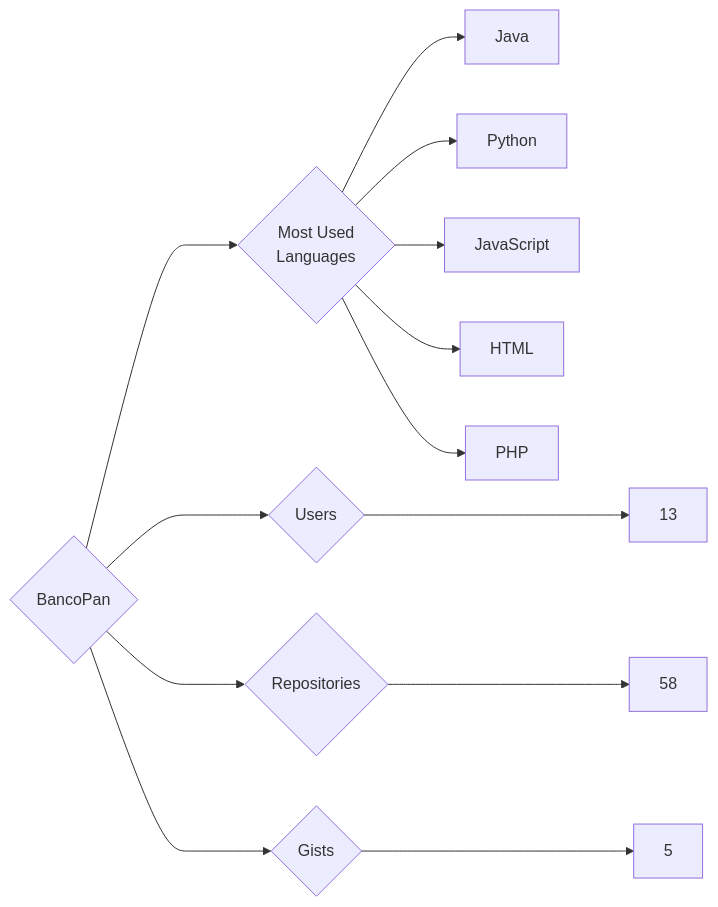
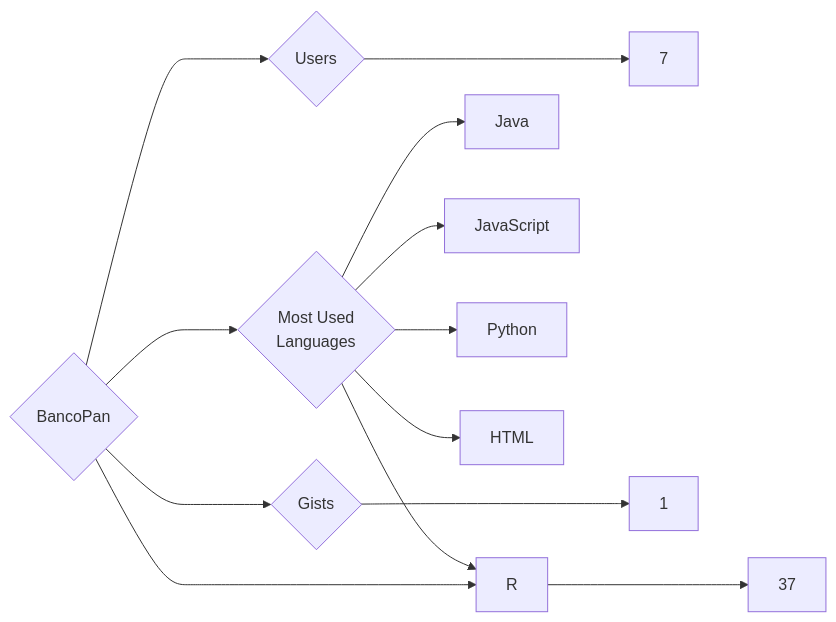
Before and after one commit to trickest/insiders: the diagram in targets/BancoPan/README.md, drawn with Mermaid. The commit also changed 1195 other files, not shown here.

````diff
--- a/targets/BancoPan/README.md
+++ b/targets/BancoPan/README.md
@@ -3,13 +3,13 @@
 ```mermaid
 graph LR
 COMPANY_NAME{BancoPan}
-COMPANY_NAME ---> U{Users} ---> UN[13]
-COMPANY_NAME ---> R{Repositories} ---> RN[58]
-COMPANY_NAME ---> G{Gists} ---> GN[5]
+COMPANY_NAME ---> U{Users} ---> UN[7]
+COMPANY_NAME ---> R{Repositories} ---> RN[37]
+COMPANY_NAME ---> G{Gists} ---> GN[1]
 COMPANY_NAME ---> ML{Most Used<br>Languages}
 ML --> Java[Java]
+ML --> JavaScript[JavaScript]
+ML --> R[R]
 ML --> Python[Python]
-ML --> JavaScript[JavaScript]
 ML --> HTML[HTML]
-ML --> PHP[PHP]
 ```
````
